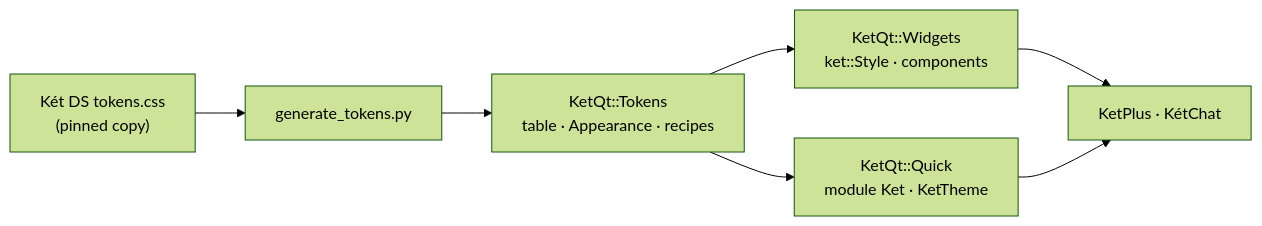
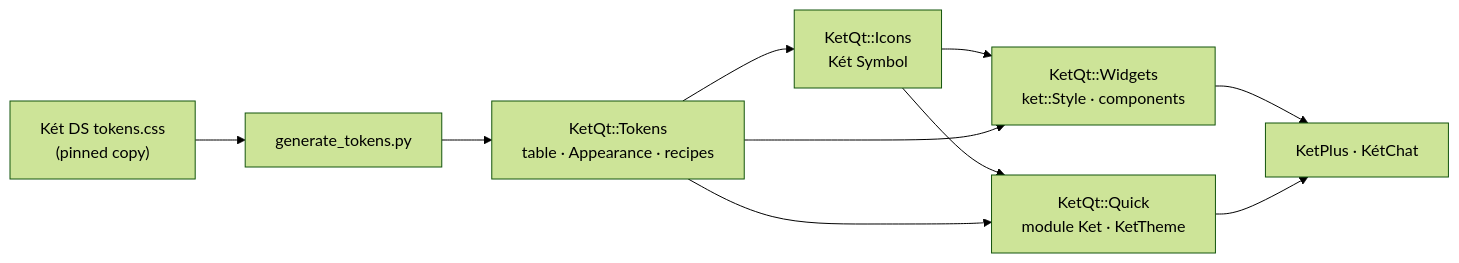
One commit to ketvietlab/ket-qt changed the diagram in docs/architecture.md. Above: the diagram before and after it, drawn with Mermaid (forest theme). The commit also changed other lines of this file and 30 other files, not shown here.

First line of the commit message:
feat: Két Symbol icons for Qt Widgets and Qt Quick (KetQt::Icons)

````diff
--- a/docs/architecture.md
+++ b/docs/architecture.md
@@ -3,9 +3,12 @@
 ```mermaid
 flowchart LR
   DS["Két DS tokens.css<br/>(pinned copy)"] --> GEN["generate_tokens.py"]
   GEN --> TOK["KetQt::Tokens<br/>table · Appearance · recipes"]
+  TOK --> ICN["KetQt::Icons<br/>Két Symbol"]
+  ICN --> WID
+  ICN --> QK
   TOK --> WID["KetQt::Widgets<br/>ket::Style · components"]
   TOK --> QK["KetQt::Quick<br/>module Ket · KetTheme"]
   WID --> APPS["KetPlus · KétChat"]
   QK --> APPS
 ```
````
